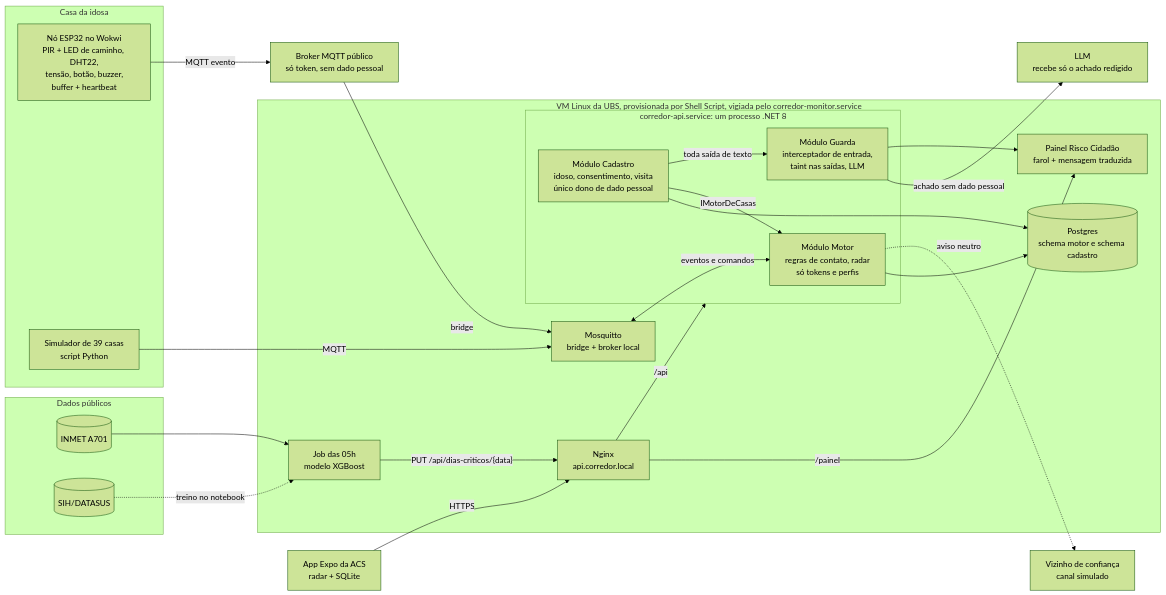
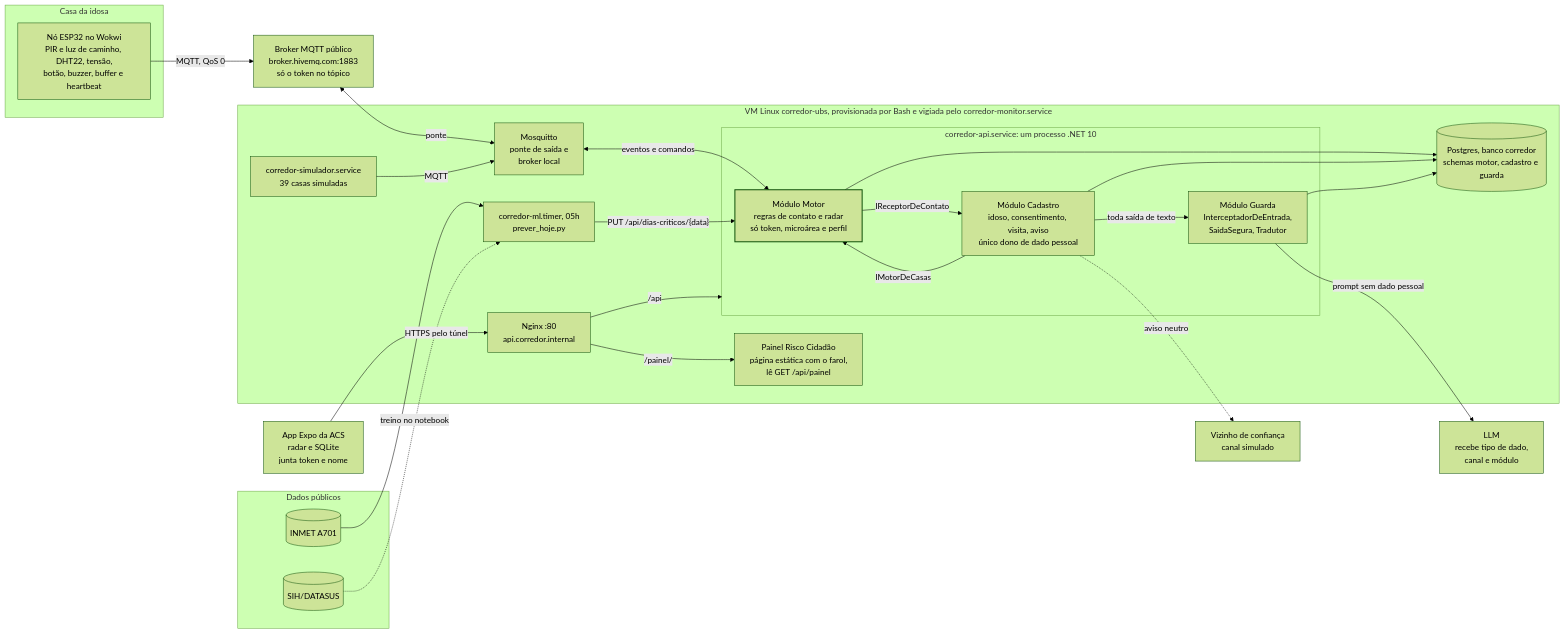
Before and after one commit to IamP5/corredor-aceso: the diagram in docs/arquitetura/diagramas/01-visao-geral.mmd, drawn with Mermaid (forest theme). The commit also changed 211 other files, not shown here.

First line of the commit message:
docs(arquitetura): visão geral final, 28 diagramas e índice da pasta

```diff
--- a/docs/arquitetura/diagramas/01-visao-geral.mmd
+++ b/docs/arquitetura/diagramas/01-visao-geral.mmd
@@ -1,47 +1,51 @@
+%% Visão geral do sistema. Fonte: 01-visao-geral.md, 03-modelo-de-dominio.md (seções 1 e 2) e 05-infra-e-entrega.md (seção 1).
 flowchart LR
-  subgraph CASA["Casa da idosa"]
-    ESP["Nó ESP32 no Wokwi<br/>PIR + LED de caminho, DHT22,<br/>tensão, botão, buzzer,<br/>buffer + heartbeat"]
-    SIM["Simulador de 39 casas<br/>script Python"]
+  subgraph casa["Casa da idosa"]
+    esp["Nó ESP32 no Wokwi<br/>PIR e luz de caminho, DHT22, tensão,<br/>botão, buzzer, buffer e heartbeat"]
   end
 
-  PUB["Broker MQTT público<br/>só token, sem dado pessoal"]
-  APP["App Expo da ACS<br/>radar + SQLite"]
+  pub["Broker MQTT público<br/>broker.hivemq.com:1883<br/>só o token no tópico"]:::externo
+  app["App Expo da ACS<br/>radar e SQLite<br/>junta token e nome"]
 
-  subgraph VM["VM Linux da UBS, provisionada por Shell Script, vigiada pelo corredor-monitor.service"]
-    MQ["Mosquitto<br/>bridge + broker local"]
-    NGINX["Nginx<br/>api.corredor.local"]
-    JOB["Job das 05h<br/>modelo XGBoost"]
-    subgraph API["corredor-api.service: um processo .NET 8"]
-      MOTOR["Módulo Motor<br/>regras de contato, radar<br/>só tokens e perfis"]
-      CAD["Módulo Cadastro<br/>idoso, consentimento, visita<br/>único dono de dado pessoal"]
-      GUARDA["Módulo Guarda<br/>interceptador de entrada,<br/>taint nas saídas, LLM"]
+  subgraph vm["VM Linux corredor-ubs, provisionada por Bash e vigiada pelo corredor-monitor.service"]
+    mq["Mosquitto<br/>ponte de saída e<br/>broker local"]
+    sim["corredor-simulador.service<br/>39 casas simuladas"]
+    nginx["Nginx :80<br/>api.corredor.internal"]
+    job["corredor-ml.timer, 05h<br/>prever_hoje.py"]
+    subgraph api["corredor-api.service: um processo .NET 10"]
+      motor["Módulo Motor<br/>regras de contato e radar<br/>só token, microárea e perfil"]:::luz
+      cad["Módulo Cadastro<br/>idoso, consentimento, visita, aviso<br/>único dono de dado pessoal"]
+      guarda["Módulo Guarda<br/>InterceptadorDeEntrada,<br/>SaidaSegura, Tradutor"]
     end
-    PAINEL["Painel Risco Cidadão<br/>farol + mensagem traduzida"]
-    PG[("Postgres<br/>schema motor e schema cadastro")]
+    painel["Painel Risco Cidadão<br/>página estática com o farol,<br/>lê GET /api/painel"]
+    pg[("Postgres, banco corredor<br/>schemas motor, cadastro e guarda")]
   end
 
-  subgraph DADOS["Dados públicos"]
-    INMET[("INMET A701")]
-    SIH[("SIH/DATASUS")]
+  subgraph dados["Dados públicos"]
+    inmet[("INMET A701")]:::externo
+    sih[("SIH/DATASUS")]:::externo
   end
 
-  VIZ["Vizinho de confiança<br/>canal simulado"]
-  LLM["LLM<br/>recebe só o achado redigido"]
+  llm["LLM<br/>recebe tipo de dado,<br/>canal e módulo"]:::externo
+  viz["Vizinho de confiança<br/>canal simulado"]:::externo
 
-  ESP -- "MQTT evento" --> PUB
-  PUB -- bridge --> MQ
-  SIM -- MQTT --> MQ
-  MQ <-- "eventos e comandos" --> MOTOR
-  APP -- HTTPS --> NGINX
-  NGINX -- "/api" --> API
-  NGINX -- "/painel" --> PAINEL
-  CAD -- "toda saída de texto" --> GUARDA
-  CAD -- "IMotorDeCasas" --> MOTOR
-  MOTOR -. "aviso neutro" .-> VIZ
-  INMET --> JOB
-  SIH -. "treino no notebook" .-> JOB
-  JOB -- "PUT /api/dias-criticos/{data}" --> NGINX
-  MOTOR --> PG
-  CAD --> PG
-  GUARDA --> PAINEL
-  GUARDA -- "achado sem dado pessoal" --> LLM
+  esp -- "MQTT, QoS 0" --> pub
+  pub <-- "ponte" --> mq
+  sim -- "MQTT" --> mq
+  mq <-- "eventos e comandos" --> motor
+  app -- "HTTPS pelo túnel" --> nginx
+  nginx -- "/api" --> api
+  nginx -- "/painel/" --> painel
+  cad -- "IMotorDeCasas" --> motor
+  motor -- "IReceptorDeContato" --> cad
+  cad -- "toda saída de texto" --> guarda
+  cad -. "aviso neutro" .-> viz
+  inmet --> job
+  sih -. "treino no notebook" .-> job
+  job -- "PUT /api/dias-criticos/{data}" --> motor
+  motor --> pg
+  cad --> pg
+  guarda --> pg
+  guarda -- "prompt sem dado pessoal" --> llm
+  classDef luz stroke-width:2px
+  classDef externo stroke-width:1px
```
